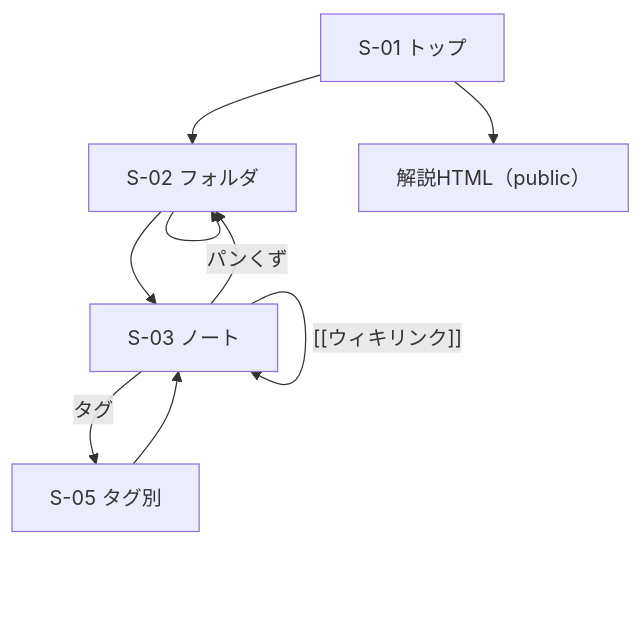
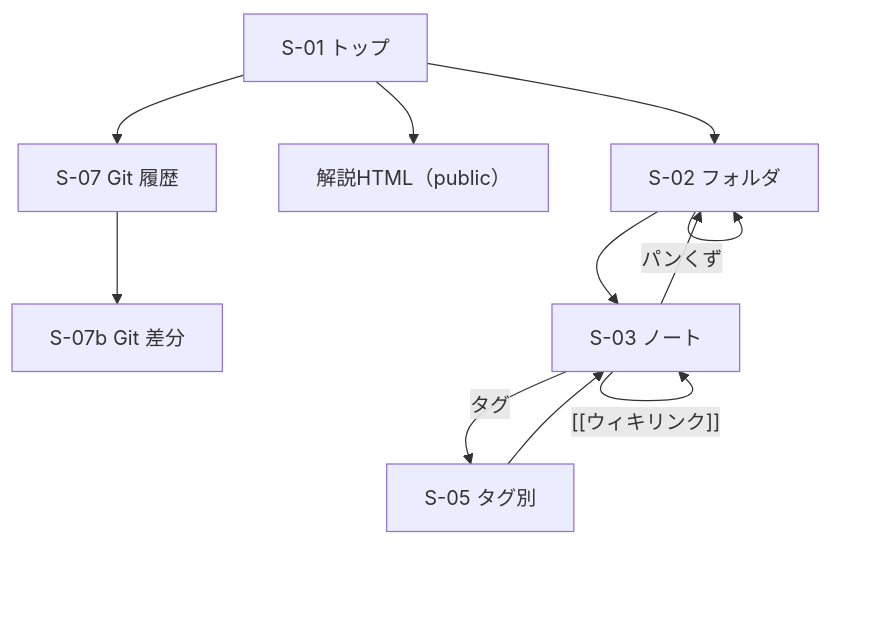
The second of 2 diagrams in design/02_basic-design.md (kaim0123/obsidian), drawn with Mermaid before and after one commit. The commit also changed other lines of this file and 13 other files, not shown here.

````diff
--- a/design/02_basic-design.md
+++ b/design/02_basic-design.md
@@ -123,11 +131,13 @@
 ```mermaid
 flowchart TD
   TOP["S-01 トップ"] --> FOLDER["S-02 フォルダ"]
   TOP --> EXP["解説HTML（public）"]
+  TOP --> HIST["S-07 Git 履歴"]
+  HIST --> DIFF["S-07b Git 差分"]
   FOLDER --> FOLDER
   FOLDER --> NOTE["S-03 ノート"]
   NOTE -->|"[[ウィキリンク]]"| NOTE
   NOTE -->|パンくず| FOLDER
   NOTE -->|タグ| TAG["S-05 タグ別"]
   TAG --> NOTE
 ```
````
